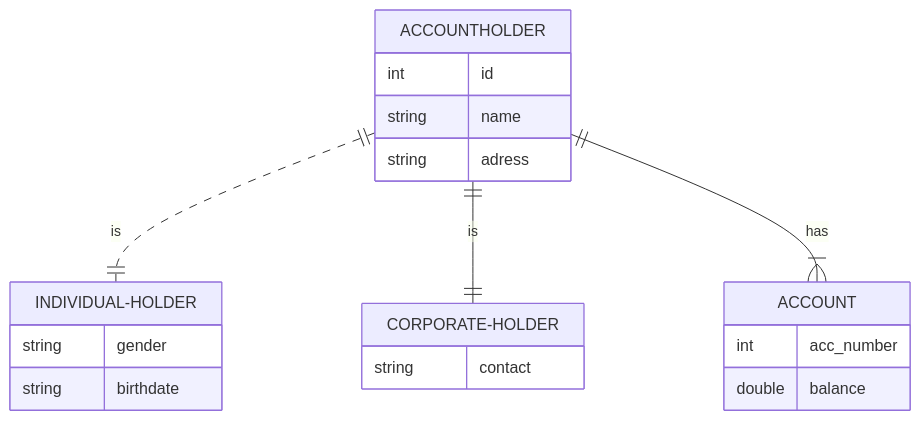
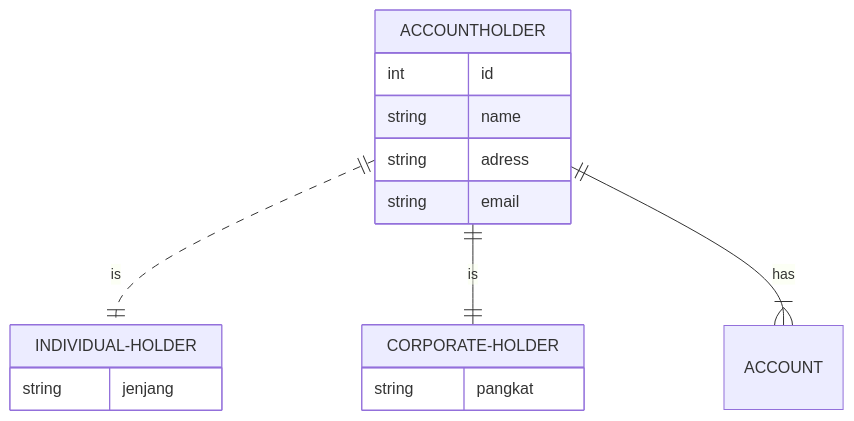
Before and after one commit to ryecries/Project: the second of 2 diagrams in README.md, drawn with Mermaid. The commit also changed other lines of this file, not shown here.

````diff
--- a/README.md
+++ b/README.md
@@ -55,22 +48,19 @@
 ```mermaid
 erDiagram
           ACCOUNTHOLDER ||..|| INDIVIDUAL-HOLDER : is
           ACCOUNTHOLDER ||--|| CORPORATE-HOLDER : is
           ACCOUNTHOLDER ||--|{ ACCOUNT: "has"
           ACCOUNTHOLDER {
             int id
             string name
             string adress
+            string email
           }
           INDIVIDUAL-HOLDER{
-            string gender
-            string birthdate
+            string jenjang
           }
           CORPORATE-HOLDER{
-            string contact
+            string pangkat
           }
-          ACCOUNT{
-            int acc_number
-            double balance
-          }
+
 ```
````
